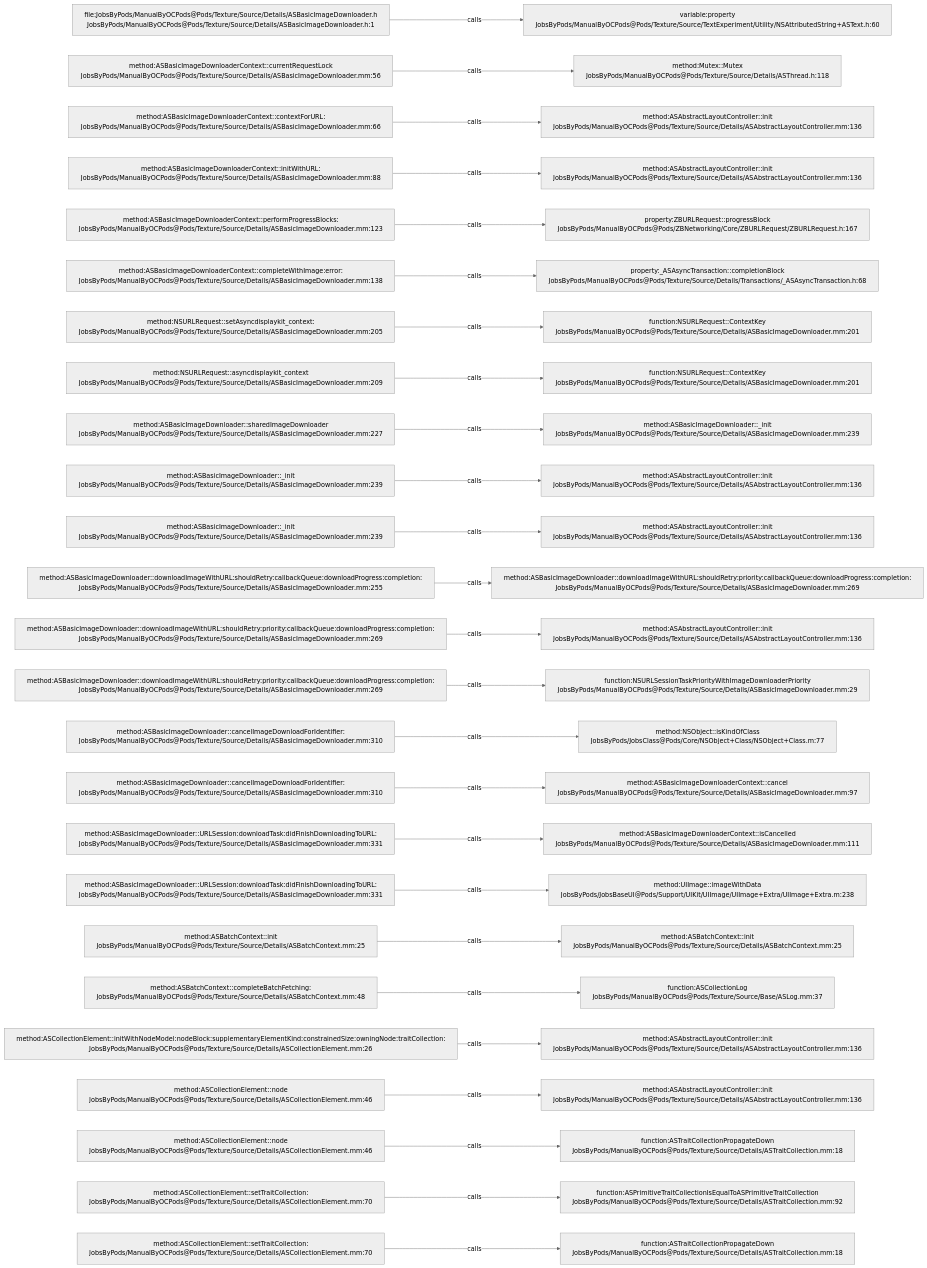
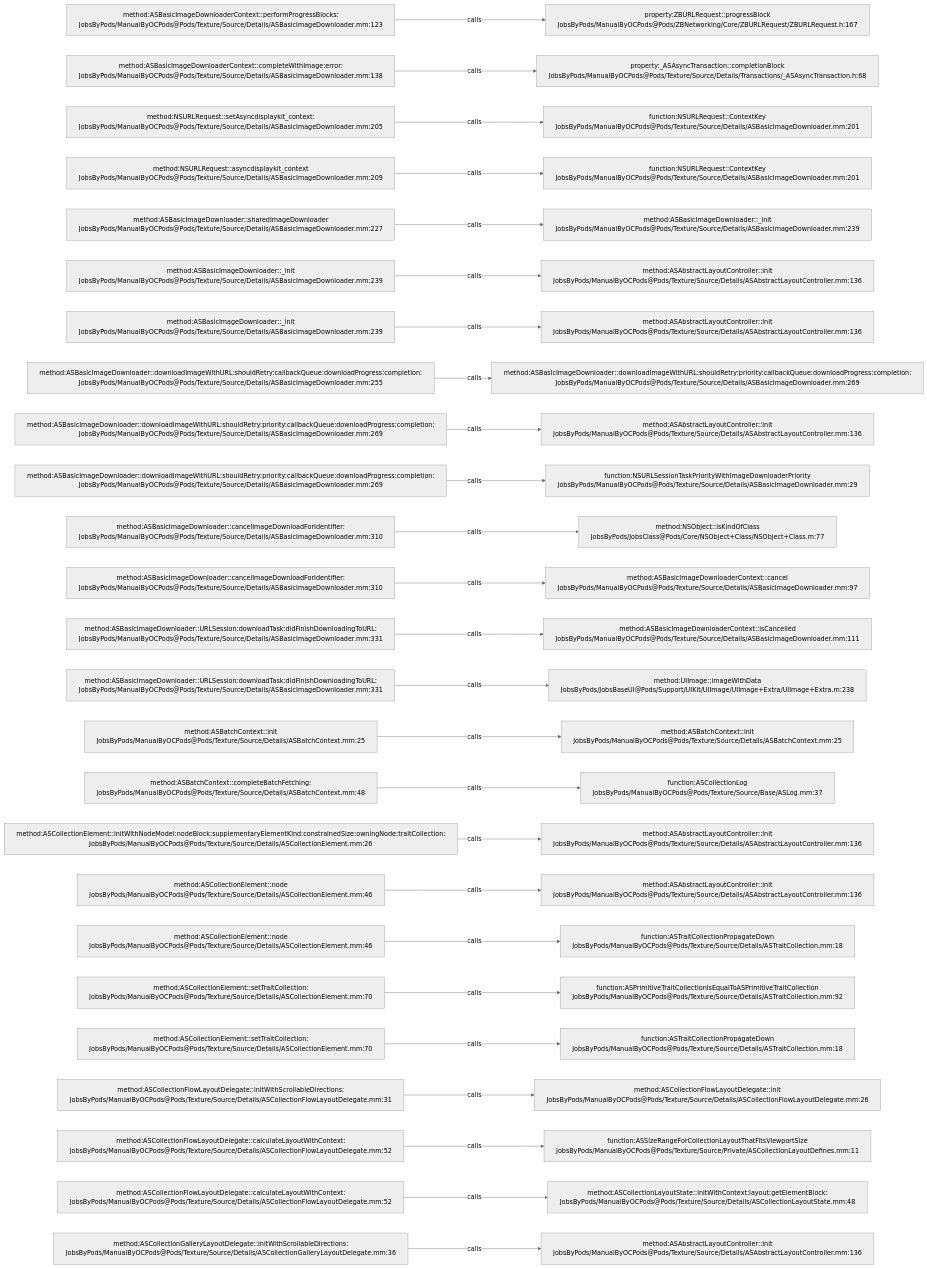
Before and after one commit to JobsKits/JobsOCBaseConfigDemo: the diagram in .codegraph/codegraph.md/graphs/calls-149.md, drawn with Mermaid (neutral theme). The commit also changed 727 other files, not shown here.

````diff
--- a/.codegraph/codegraph.md/graphs/calls-149.md
+++ b/.codegraph/codegraph.md/graphs/calls-149.md
@@ -13,78 +13,78 @@
 ```mermaid
 flowchart LR
-  S1["file:JobsByPods/ManualByOCPods@Pods/Texture/Source/Details/ASBasicImageDownloader.h<br/>JobsByPods/ManualByOCPods@Pods/Texture/Source/Details/ASBasicImageDownloader.h:1"]
-  T1["variable:property<br/>JobsByPods/ManualByOCPods@Pods/Texture/Source/TextExperiment/Utility/NSAttributedString+ASText.h:60"]
+  S1["method:ASBasicImageDownloaderContext::performProgressBlocks:<br/>JobsByPods/ManualByOCPods@Pods/Texture/Source/Details/ASBasicImageDownloader.mm:123"]
+  T1["property:ZBURLRequest::progressBlock<br/>JobsByPods/ManualByOCPods@Pods/ZBNetworking/Core/ZBURLRequest/ZBURLRequest.h:167"]
   S1 -->|calls| T1
-  S2["method:ASBasicImageDownloaderContext::currentRequestLock<br/>JobsByPods/ManualByOCPods@Pods/Texture/Source/Details/ASBasicImageDownloader.mm:56"]
-  T2["method:Mutex::Mutex<br/>JobsByPods/ManualByOCPods@Pods/Texture/Source/Details/ASThread.h:118"]
+  S2["method:ASBasicImageDownloaderContext::completeWithImage:error:<br/>JobsByPods/ManualByOCPods@Pods/Texture/Source/Details/ASBasicImageDownloader.mm:138"]
+  T2["property:_ASAsyncTransaction::completionBlock<br/>JobsByPods/ManualByOCPods@Pods/Texture/Source/Details/Transactions/_ASAsyncTransaction.h:68"]
   S2 -->|calls| T2
-  S3["method:ASBasicImageDownloaderContext::contextForURL:<br/>JobsByPods/ManualByOCPods@Pods/Texture/Source/Details/ASBasicImageDownloader.mm:66"]
-  T3["method:ASAbstractLayoutController::init<br/>JobsByPods/ManualByOCPods@Pods/Texture/Source/Details/ASAbstractLayoutController.mm:136"]
+  S3["method:NSURLRequest::setAsyncdisplaykit_context:<br/>JobsByPods/ManualByOCPods@Pods/Texture/Source/Details/ASBasicImageDownloader.mm:205"]
+  T3["function:NSURLRequest::ContextKey<br/>JobsByPods/ManualByOCPods@Pods/Texture/Source/Details/ASBasicImageDownloader.mm:201"]
   S3 -->|calls| T3
-  S4["method:ASBasicImageDownloaderContext::initWithURL:<br/>JobsByPods/ManualByOCPods@Pods/Texture/Source/Details/ASBasicImageDownloader.mm:88"]
-  T4["method:ASAbstractLayoutController::init<br/>JobsByPods/ManualByOCPods@Pods/Texture/Source/Details/ASAbstractLayoutController.mm:136"]
+  S4["method:NSURLRequest::asyncdisplaykit_context<br/>JobsByPods/ManualByOCPods@Pods/Texture/Source/Details/ASBasicImageDownloader.mm:209"]
+  T4["function:NSURLRequest::ContextKey<br/>JobsByPods/ManualByOCPods@Pods/Texture/Source/Details/ASBasicImageDownloader.mm:201"]
   S4 -->|calls| T4
-  S5["method:ASBasicImageDownloaderContext::performProgressBlocks:<br/>JobsByPods/ManualByOCPods@Pods/Texture/Source/Details/ASBasicImageDownloader.mm:123"]
-  T5["property:ZBURLRequest::progressBlock<br/>JobsByPods/ManualByOCPods@Pods/ZBNetworking/Core/ZBURLRequest/ZBURLRequest.h:167"]
+  S5["method:ASBasicImageDownloader::sharedImageDownloader<br/>JobsByPods/ManualByOCPods@Pods/Texture/Source/Details/ASBasicImageDownloader.mm:227"]
+  T5["method:ASBasicImageDownloader::_init<br/>JobsByPods/ManualByOCPods@Pods/Texture/Source/Details/ASBasicImageDownloader.mm:239"]
   S5 -->|calls| T5
-  S6["method:ASBasicImageDownloaderContext::completeWithImage:error:<br/>JobsByPods/ManualByOCPods@Pods/Texture/Source/Details/ASBasicImageDownloader.mm:138"]
-  T6["property:_ASAsyncTransaction::completionBlock<br/>JobsByPods/ManualByOCPods@Pods/Texture/Source/Details/Transactions/_ASAsyncTransaction.h:68"]
+  S6["method:ASBasicImageDownloader::_init<br/>JobsByPods/ManualByOCPods@Pods/Texture/Source/Details/ASBasicImageDownloader.mm:239"]
+  T6["method:ASAbstractLayoutController::init<br/>JobsByPods/ManualByOCPods@Pods/Texture/Source/Details/ASAbstractLayoutController.mm:136"]
   S6 -->|calls| T6
-  S7["method:NSURLRequest::setAsyncdisplaykit_context:<br/>JobsByPods/ManualByOCPods@Pods/Texture/Source/Details/ASBasicImageDownloader.mm:205"]
-  T7["function:NSURLRequest::ContextKey<br/>JobsByPods/ManualByOCPods@Pods/Texture/Source/Details/ASBasicImageDownloader.mm:201"]
+  S7["method:ASBasicImageDownloader::_init<br/>JobsByPods/ManualByOCPods@Pods/Texture/Source/Details/ASBasicImageDownloader.mm:239"]
+  T7["method:ASAbstractLayoutController::init<br/>JobsByPods/ManualByOCPods@Pods/Texture/Source/Details/ASAbstractLayoutController.mm:136"]
   S7 -->|calls| T7
-  S8["method:NSURLRequest::asyncdisplaykit_context<br/>JobsByPods/ManualByOCPods@Pods/Texture/Source/Details/ASBasicImageDownloader.mm:209"]
-  T8["function:NSURLRequest::ContextKey<br/>JobsByPods/ManualByOCPods@Pods/Texture/Source/Details/ASBasicImageDownloader.mm:201"]
+  S8["method:ASBasicImageDownloader::downloadImageWithURL:shouldRetry:callbackQueue:downloadProgress:completion:<br/>JobsByPods/ManualByOCPods@Pods/Texture/Source/Details/ASBasicImageDownloader.mm:255"]
+  T8["method:ASBasicImageDownloader::downloadImageWithURL:shouldRetry:priority:callbackQueue:downloadProgress:completion:<br/>JobsByPods/ManualByOCPods@Pods/Texture/Source/Details/ASBasicImageDownloader.mm:269"]
   S8 -->|calls| T8
-  S9["method:ASBasicImageDownloader::sharedImageDownloader<br/>JobsByPods/ManualByOCPods@Pods/Texture/Source/Details/ASBasicImageDownloader.mm:227"]
-  T9["method:ASBasicImageDownloader::_init<br/>JobsByPods/ManualByOCPods@Pods/Texture/Source/Details/ASBasicImageDownloader.mm:239"]
+  S9["method:ASBasicImageDownloader::downloadImageWithURL:shouldRetry:priority:callbackQueue:downloadProgress:completion:<br/>JobsByPods/ManualByOCPods@Pods/Texture/Source/Details/ASBasicImageDownloader.mm:269"]
+  T9["method:ASAbstractLayoutController::init<br/>JobsByPods/ManualByOCPods@Pods/Texture/Source/Details/ASAbstractLayoutController.mm:136"]
   S9 -->|calls| T9
-  S10["method:ASBasicImageDownloader::_init<br/>JobsByPods/ManualByOCPods@Pods/Texture/Source/Details/ASBasicImageDownloader.mm:239"]
-  T10["method:ASAbstractLayoutController::init<br/>JobsByPods/ManualByOCPods@Pods/Texture/Source/Details/ASAbstractLayoutController.mm:136"]
+  S10["method:ASBasicImageDownloader::downloadImageWithURL:shouldRetry:priority:callbackQueue:downloadProgress:completion:<br/>JobsByPods/ManualByOCPods@Pods/Texture/Source/Details/ASBasicImageDownloader.mm:269"]
+  T10["function:NSURLSessionTaskPriorityWithImageDownloaderPriority<br/>JobsByPods/ManualByOCPods@Pods/Texture/Source/Details/ASBasicImageDownloader.mm:29"]
   S10 -->|calls| T10
-  S11["method:ASBasicImageDownloader::_init<br/>JobsByPods/ManualByOCPods@Pods/Texture/Source/Details/ASBasicImageDownloader.mm:239"]
-  T11["method:ASAbstractLayoutController::init<br/>JobsByPods/ManualByOCPods@Pods/Texture/Source/Details/ASAbstractLayoutController.mm:136"]
+  S11["method:ASBasicImageDownloader::cancelImageDownloadForIdentifier:<br/>JobsByPods/ManualByOCPods@Pods/Texture/Source/Details/ASBasicImageDownloader.mm:310"]
+  T11["method:NSObject::isKindOfClass<br/>JobsByPods/JobsClass@Pods/Core/NSObject+Class/NSObject+Class.m:77"]
   S11 -->|calls| T11
-  S12["method:ASBasicImageDownloader::downloadImageWithURL:shouldRetry:callbackQueue:downloadProgress:completion:<br/>JobsByPods/ManualByOCPods@Pods/Texture/Source/Details/ASBasicImageDownloader.mm:255"]
-  T12["method:ASBasicImageDownloader::downloadImageWithURL:shouldRetry:priority:callbackQueue:downloadProgress:completion:<br/>JobsByPods/ManualByOCPods@Pods/Texture/Source/Details/ASBasicImageDownloader.mm:269"]
+  S12["method:ASBasicImageDownloader::cancelImageDownloadForIdentifier:<br/>JobsByPods/ManualByOCPods@Pods/Texture/Source/Details/ASBasicImageDownloader.mm:310"]
+  T12["method:ASBasicImageDownloaderContext::cancel<br/>JobsByPods/ManualByOCPods@Pods/Texture/Source/Details/ASBasicImageDownloader.mm:97"]
   S12 -->|calls| T12
-  S13["method:ASBasicImageDownloader::downloadImageWithURL:shouldRetry:priority:callbackQueue:downloadProgress:completion:<br/>JobsByPods/ManualByOCPods@Pods/Texture/Source/Details/ASBasicImageDownloader.mm:269"]
-  T13["method:ASAbstractLayoutController::init<br/>JobsByPods/ManualByOCPods@Pods/Texture/Source/Details/ASAbstractLayoutController.mm:136"]
+  S13["method:ASBasicImageDownloader::URLSession:downloadTask:didFinishDownloadingToURL:<br/>JobsByPods/ManualByOCPods@Pods/Texture/Source/Details/ASBasicImageDownloader.mm:331"]
+  T13["method:ASBasicImageDownloaderContext::isCancelled<br/>JobsByPods/ManualByOCPods@Pods/Texture/Source/Details/ASBasicImageDownloader.mm:111"]
   S13 -->|calls| T13
-  S14["method:ASBasicImageDownloader::downloadImageWithURL:shouldRetry:priority:callbackQueue:downloadProgress:completion:<br/>JobsByPods/ManualByOCPods@Pods/Texture/Source/Details/ASBasicImageDownloader.mm:269"]
-  T14["function:NSURLSessionTaskPriorityWithImageDownloaderPriority<br/>JobsByPods/ManualByOCPods@Pods/Texture/Source/Details/ASBasicImageDownloader.mm:29"]
+  S14["method:ASBasicImageDownloader::URLSession:downloadTask:didFinishDownloadingToURL:<br/>JobsByPods/ManualByOCPods@Pods/Texture/Source/Details/ASBasicImageDownloader.mm:331"]
+  T14["method:UIImage::imageWithData<br/>JobsByPods/JobsBaseUI@Pods/Support/UIKit/UIImage/UIImage+Extra/UIImage+Extra.m:238"]
   S14 -->|calls| T14
-  S15["method:ASBasicImageDownloader::cancelImageDownloadForIdentifier:<br/>JobsByPods/ManualByOCPods@Pods/Texture/Source/Details/ASBasicImageDownloader.mm:310"]
-  T15["method:NSObject::isKindOfClass<br/>JobsByPods/JobsClass@Pods/Core/NSObject+Class/NSObject+Class.m:77"]
+  S15["method:ASBatchContext::init<br/>JobsByPods/ManualByOCPods@Pods/Texture/Source/Details/ASBatchContext.mm:25"]
+  T15["method:ASBatchContext::init<br/>JobsByPods/ManualByOCPods@Pods/Texture/Source/Details/ASBatchContext.mm:25"]
   S15 -->|calls| T15
-  S16["method:ASBasicImageDownloader::cancelImageDownloadForIdentifier:<br/>JobsByPods/ManualByOCPods@Pods/Texture/Source/Details/ASBasicImageDownloader.mm:310"]
-  T16["method:ASBasicImageDownloaderContext::cancel<br/>JobsByPods/ManualByOCPods@Pods/Texture/Source/Details/ASBasicImageDownloader.mm:97"]
+  S16["method:ASBatchContext::completeBatchFetching:<br/>JobsByPods/ManualByOCPods@Pods/Texture/Source/Details/ASBatchContext.mm:48"]
+  T16["function:ASCollectionLog<br/>JobsByPods/ManualByOCPods@Pods/Texture/Source/Base/ASLog.mm:37"]
   S16 -->|calls| T16
-  S17["method:ASBasicImageDownloader::URLSession:downloadTask:didFinishDownloadingToURL:<br/>JobsByPods/ManualByOCPods@Pods/Texture/Source/Details/ASBasicImageDownloader.mm:331"]
-  T17["method:ASBasicImageDownloaderContext::isCancelled<br/>JobsByPods/ManualByOCPods@Pods/Texture/Source/Details/ASBasicImageDownloader.mm:111"]
+  S17["method:ASCollectionElement::initWithNodeModel:nodeBlock:supplementaryElementKind:constrainedSize:owningNode:traitCollection:<br/>JobsByPods/ManualByOCPods@Pods/Texture/Source/Details/ASCollectionElement.mm:26"]
+  T17["method:ASAbstractLayoutController::init<br/>JobsByPods/ManualByOCPods@Pods/Texture/Source/Details/ASAbstractLayoutController.mm:136"]
   S17 -->|calls| T17
-  S18["method:ASBasicImageDownloader::URLSession:downloadTask:didFinishDownloadingToURL:<br/>JobsByPods/ManualByOCPods@Pods/Texture/Source/Details/ASBasicImageDownloader.mm:331"]
-  T18["method:UIImage::imageWithData<br/>JobsByPods/JobsBaseUI@Pods/Support/UIKit/UIImage/UIImage+Extra/UIImage+Extra.m:238"]
+  S18["method:ASCollectionElement::node<br/>JobsByPods/ManualByOCPods@Pods/Texture/Source/Details/ASCollectionElement.mm:46"]
+  T18["method:ASAbstractLayoutController::init<br/>JobsByPods/ManualByOCPods@Pods/Texture/Source/Details/ASAbstractLayoutController.mm:136"]
   S18 -->|calls| T18
-  S19["method:ASBatchContext::init<br/>JobsByPods/ManualByOCPods@Pods/Texture/Source/Details/ASBatchContext.mm:25"]
-  T19["method:ASBatchContext::init<br/>JobsByPods/ManualByOCPods@Pods/Texture/Source/Details/ASBatchContext.mm:25"]
+  S19["method:ASCollectionElement::node<br/>JobsByPods/ManualByOCPods@Pods/Texture/Source/Details/ASCollectionElement.mm:46"]
+  T19["function:ASTraitCollectionPropagateDown<br/>JobsByPods/ManualByOCPods@Pods/Texture/Source/Details/ASTraitCollection.mm:18"]
   S19 -->|calls| T19
-  S20["method:ASBatchContext::completeBatchFetching:<br/>JobsByPods/ManualByOCPods@Pods/Texture/Source/Details/ASBatchContext.mm:48"]
-  T20["function:ASCollectionLog<br/>JobsByPods/ManualByOCPods@Pods/Texture/Source/Base/ASLog.mm:37"]
+  S20["method:ASCollectionElement::setTraitCollection:<br/>JobsByPods/ManualByOCPods@Pods/Texture/Source/Details/ASCollectionElement.mm:70"]
+  T20["function:ASPrimitiveTraitCollectionIsEqualToASPrimitiveTraitCollection<br/>JobsByPods/ManualByOCPods@Pods/Texture/Source/Details/ASTraitCollection.mm:92"]
   S20 -->|calls| T20
-  S21["method:ASCollectionElement::initWithNodeModel:nodeBlock:supplementaryElementKind:constrainedSize:owningNode:traitCollection:<br/>JobsByPods/ManualByOCPods@Pods/Texture/Source/Details/ASCollectionElement.mm:26"]
-  T21["method:ASAbstractLayoutController::init<br/>JobsByPods/ManualByOCPods@Pods/Texture/Source/Details/ASAbstractLayoutController.mm:136"]
+  S21["method:ASCollectionElement::setTraitCollection:<br/>JobsByPods/ManualByOCPods@Pods/Texture/Source/Details/ASCollectionElement.mm:70"]
+  T21["function:ASTraitCollectionPropagateDown<br/>JobsByPods/ManualByOCPods@Pods/Texture/Source/Details/ASTraitCollection.mm:18"]
   S21 -->|calls| T21
-  S22["method:ASCollectionElement::node<br/>JobsByPods/ManualByOCPods@Pods/Texture/Source/Details/ASCollectionElement.mm:46"]
-  T22["method:ASAbstractLayoutController::init<br/>JobsByPods/ManualByOCPods@Pods/Texture/Source/Details/ASAbstractLayoutController.mm:136"]
+  S22["method:ASCollectionFlowLayoutDelegate::initWithScrollableDirections:<br/>JobsByPods/ManualByOCPods@Pods/Texture/Source/Details/ASCollectionFlowLayoutDelegate.mm:31"]
+  T22["method:ASCollectionFlowLayoutDelegate::init<br/>JobsByPods/ManualByOCPods@Pods/Texture/Source/Details/ASCollectionFlowLayoutDelegate.mm:26"]
   S22 -->|calls| T22
-  S23["method:ASCollectionElement::node<br/>JobsByPods/ManualByOCPods@Pods/Texture/Source/Details/ASCollectionElement.mm:46"]
-  T23["function:ASTraitCollectionPropagateDown<br/>JobsByPods/ManualByOCPods@Pods/Texture/Source/Details/ASTraitCollection.mm:18"]
+  S23["method:ASCollectionFlowLayoutDelegate::calculateLayoutWithContext:<br/>JobsByPods/ManualByOCPods@Pods/Texture/Source/Details/ASCollectionFlowLayoutDelegate.mm:52"]
+  T23["function:ASSizeRangeForCollectionLayoutThatFitsViewportSize<br/>JobsByPods/ManualByOCPods@Pods/Texture/Source/Private/ASCollectionLayoutDefines.mm:11"]
   S23 -->|calls| T23
-  S24["method:ASCollectionElement::setTraitCollection:<br/>JobsByPods/ManualByOCPods@Pods/Texture/Source/Details/ASCollectionElement.mm:70"]
-  T24["function:ASPrimitiveTraitCollectionIsEqualToASPrimitiveTraitCollection<br/>JobsByPods/ManualByOCPods@Pods/Texture/Source/Details/ASTraitCollection.mm:92"]
+  S24["method:ASCollectionFlowLayoutDelegate::calculateLayoutWithContext:<br/>JobsByPods/ManualByOCPods@Pods/Texture/Source/Details/ASCollectionFlowLayoutDelegate.mm:52"]
+  T24["method:ASCollectionLayoutState::initWithContext:layout:getElementBlock:<br/>JobsByPods/ManualByOCPods@Pods/Texture/Source/Details/ASCollectionLayoutState.mm:48"]
   S24 -->|calls| T24
-  S25["method:ASCollectionElement::setTraitCollection:<br/>JobsByPods/ManualByOCPods@Pods/Texture/Source/Details/ASCollectionElement.mm:70"]
-  T25["function:ASTraitCollectionPropagateDown<br/>JobsByPods/ManualByOCPods@Pods/Texture/Source/Details/ASTraitCollection.mm:18"]
+  S25["method:ASCollectionGalleryLayoutDelegate::initWithScrollableDirections:<br/>JobsByPods/ManualByOCPods@Pods/Texture/Source/Details/ASCollectionGalleryLayoutDelegate.mm:36"]
+  T25["method:ASAbstractLayoutController::init<br/>JobsByPods/ManualByOCPods@Pods/Texture/Source/Details/ASAbstractLayoutController.mm:136"]
   S25 -->|calls| T25
 ```
````
